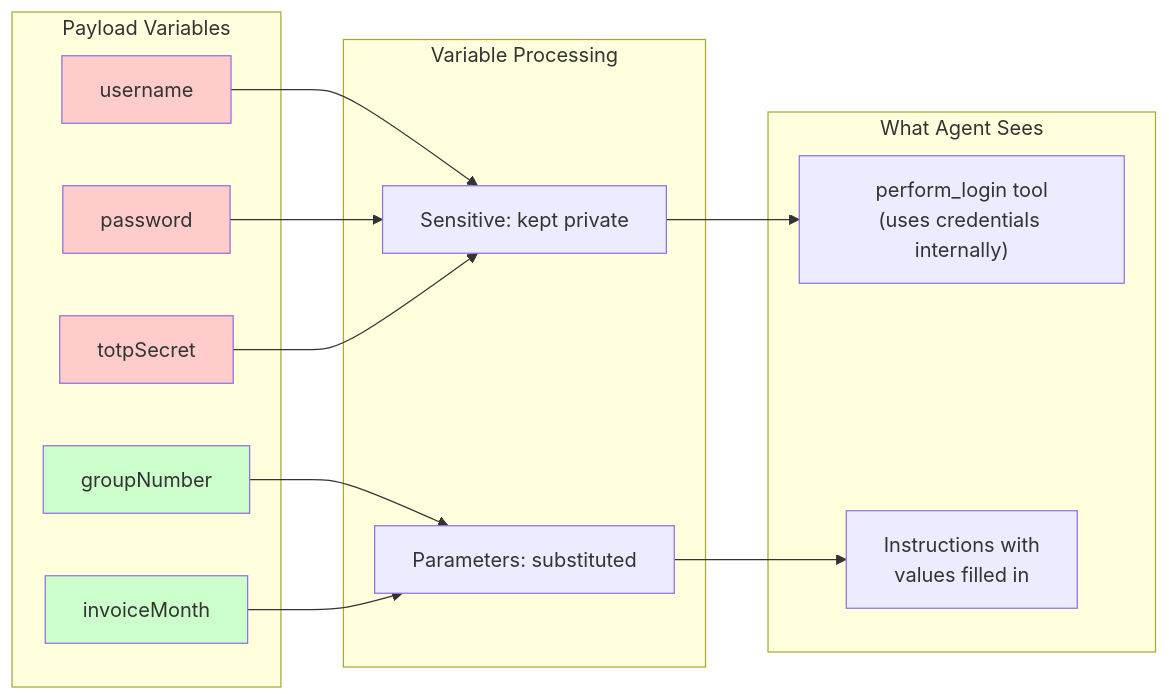
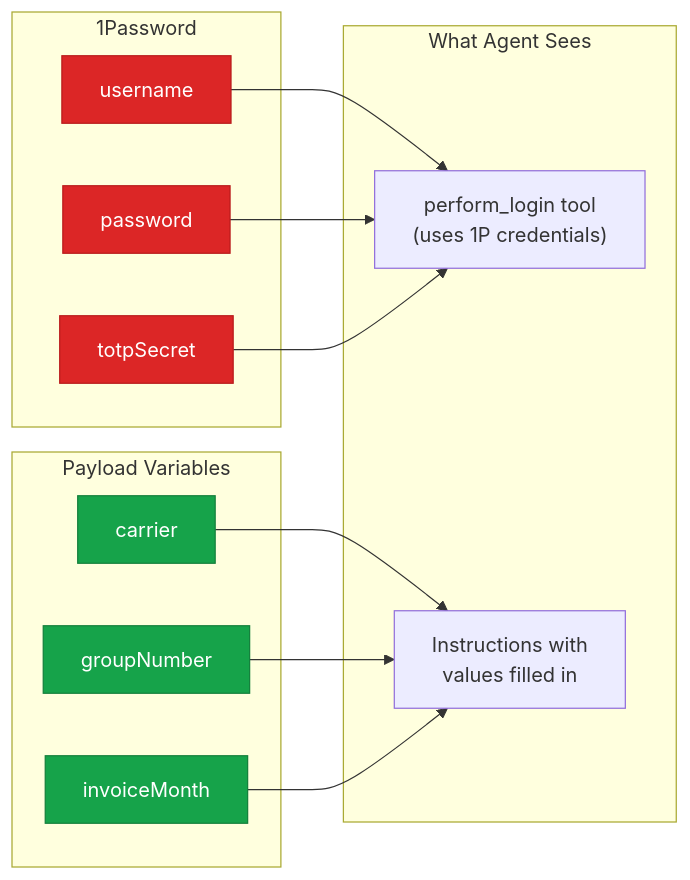
The second of 2 diagrams in apps/README.md (benbase/ts-stagehand-google-cua-agent), drawn with Mermaid before and after one commit. The commit also changed other lines of this file and 101 other files, not shown here.

````diff
--- a/apps/README.md
+++ b/apps/README.md
@@ -97,35 +109,33 @@
 ```mermaid
 flowchart LR
-    subgraph Payload["Payload Variables"]
-        V1["username"]
-        V2["password"]
-        V3["totpSecret"]
-        V4["groupNumber"]
-        V5["invoiceMonth"]
+    subgraph Credentials["1Password"]
+        C1["username"]
+        C2["password"]
+        C3["totpSecret"]
     end
 
-    subgraph Processing["Variable Processing"]
-        P1["Sensitive: kept private"]
-        P2["Parameters: substituted"]
+    subgraph Payload["Payload Variables"]
+        V1["carrier"]
+        V2["groupNumber"]
+        V3["invoiceMonth"]
     end
 
     subgraph Output["What Agent Sees"]
-        O1["perform_login tool<br/>(uses credentials internally)"]
+        O1["perform_login tool<br/>(uses 1P credentials)"]
         O2["Instructions with<br/>values filled in"]
     end
 
-    V1 --> P1
-    V2 --> P1
-    V3 --> P1
-    V4 --> P2
-    V5 --> P2
+    C1 --> O1
+    C2 --> O1
+    C3 --> O1
+    V1 --> O2
+    V2 --> O2
+    V3 --> O2
 
-    P1 --> O1
-    P2 --> O2
-
-    style V1 fill:#ffcccc
-    style V2 fill:#ffcccc
-    style V3 fill:#ffcccc
-    style V4 fill:#ccffcc
-    style V5 fill:#ccffcc
+    style C1 fill:#dc2626,stroke:#b91c1c,color:#fff
+    style C2 fill:#dc2626,stroke:#b91c1c,color:#fff
+    style C3 fill:#dc2626,stroke:#b91c1c,color:#fff
+    style V1 fill:#16a34a,stroke:#15803d,color:#fff
+    style V2 fill:#16a34a,stroke:#15803d,color:#fff
+    style V3 fill:#16a34a,stroke:#15803d,color:#fff
 ```
````
